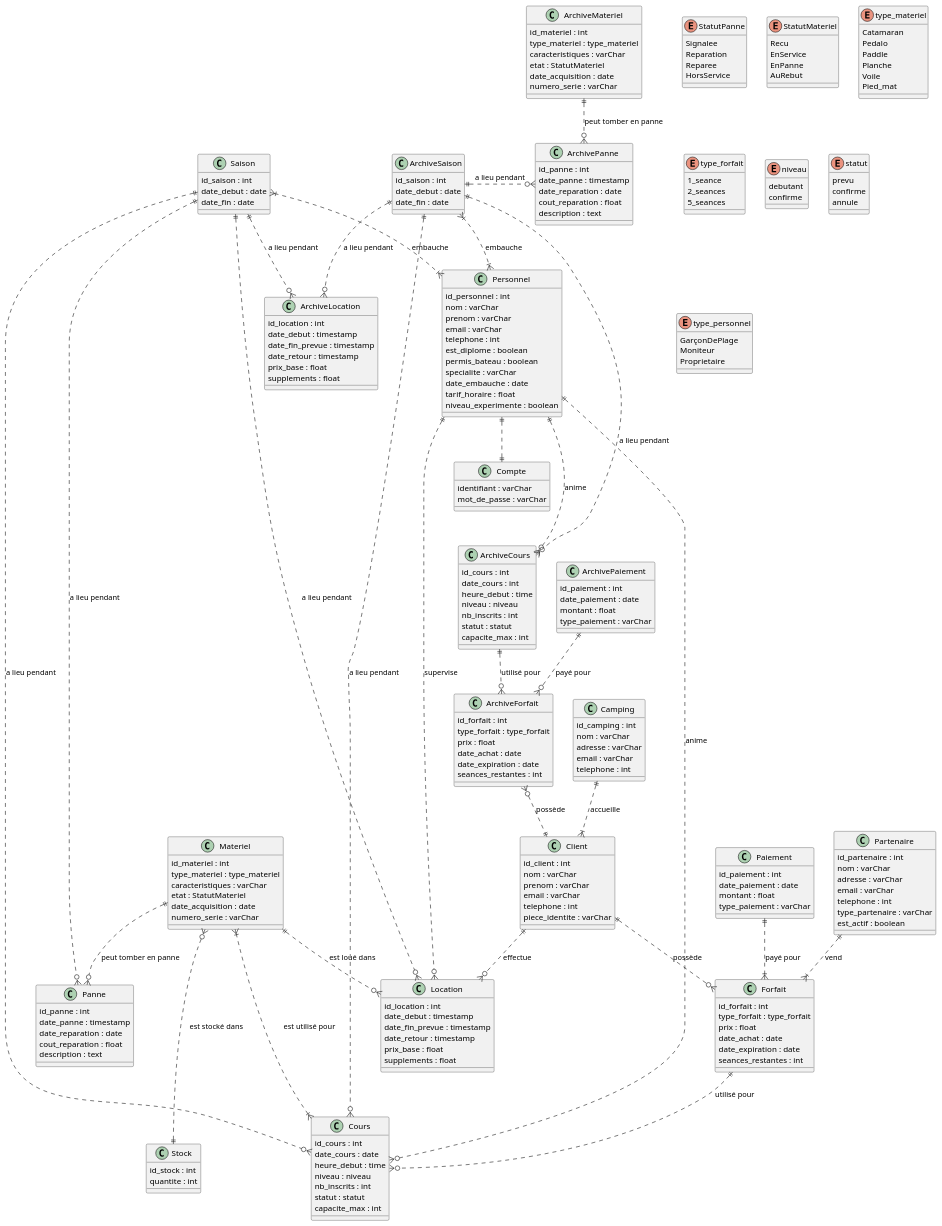
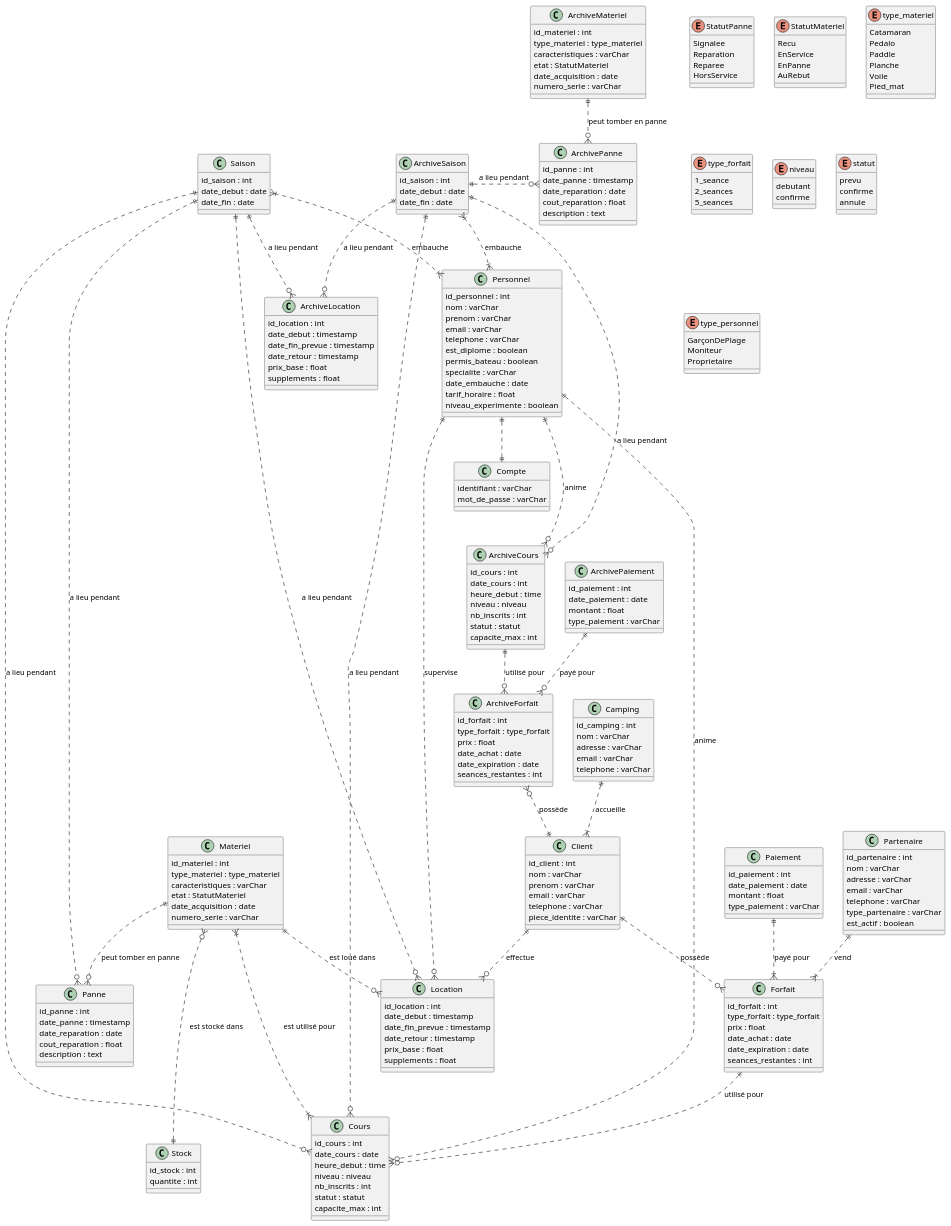
One commit to Hugo-COLLIN/MIAGE_CSI_NauticalClub changed the diagram in docs/2-implementation/generalLogiqueDesignClassDiagram.puml. Above: the diagram before and after it, drawn with PlantUML. The commit also changed 5 other files, not shown here.

```diff
--- a/docs/2-implementation/generalLogiqueDesignClassDiagram.puml
+++ b/docs/2-implementation/generalLogiqueDesignClassDiagram.puml
@@ -4,7 +4,7 @@
         nom : varChar
         prenom : varChar
         email : varChar
-        telephone : int
+        telephone : varChar
         est_diplome : boolean
         permis_bateau : boolean
         specialite : varChar
@@ -30,7 +30,7 @@
         nom : varChar
         prenom : varChar
         email : varChar
-        telephone : int
+        telephone : varChar
         piece_identite : varChar
     }
 
@@ -75,7 +75,7 @@
         nom : varChar
         adresse : varChar
         email : varChar
-        telephone : int
+        telephone : varChar
         type_partenaire : varChar
         est_actif : boolean
     }
@@ -85,7 +85,7 @@
         nom : varChar
         adresse : varChar
         email : varChar
-        telephone : int
+        telephone : varChar
     }
 
     class Cours {
```
